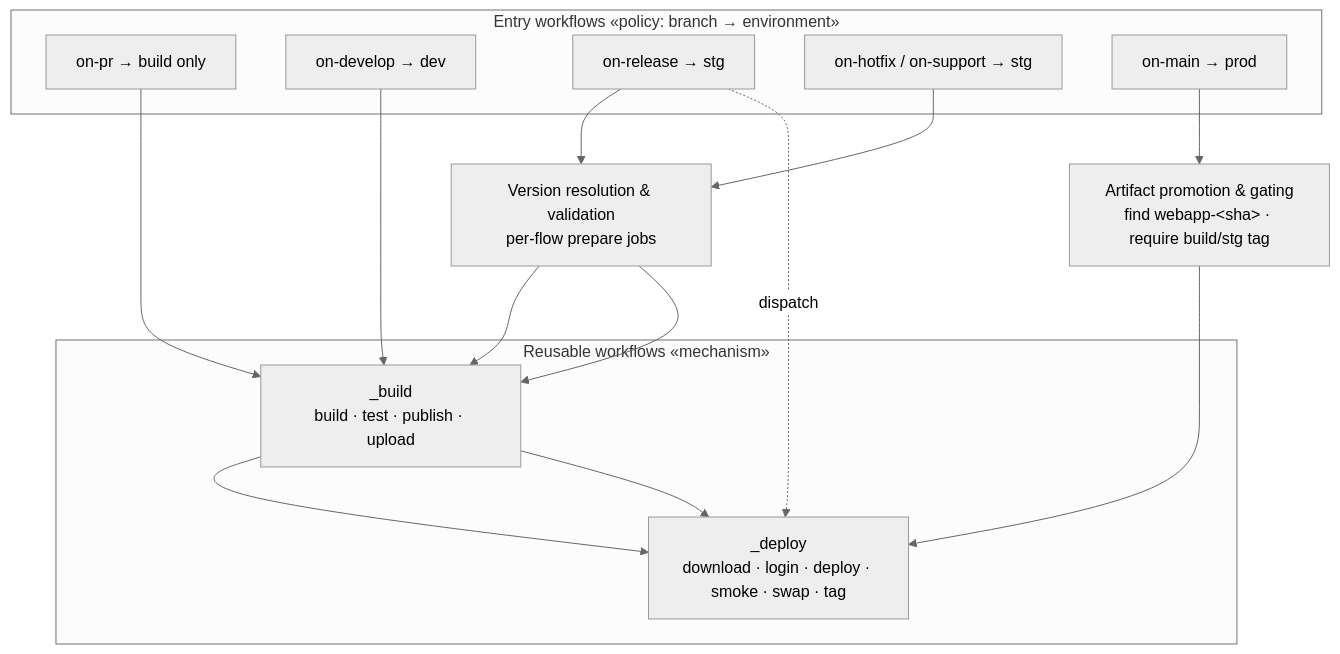
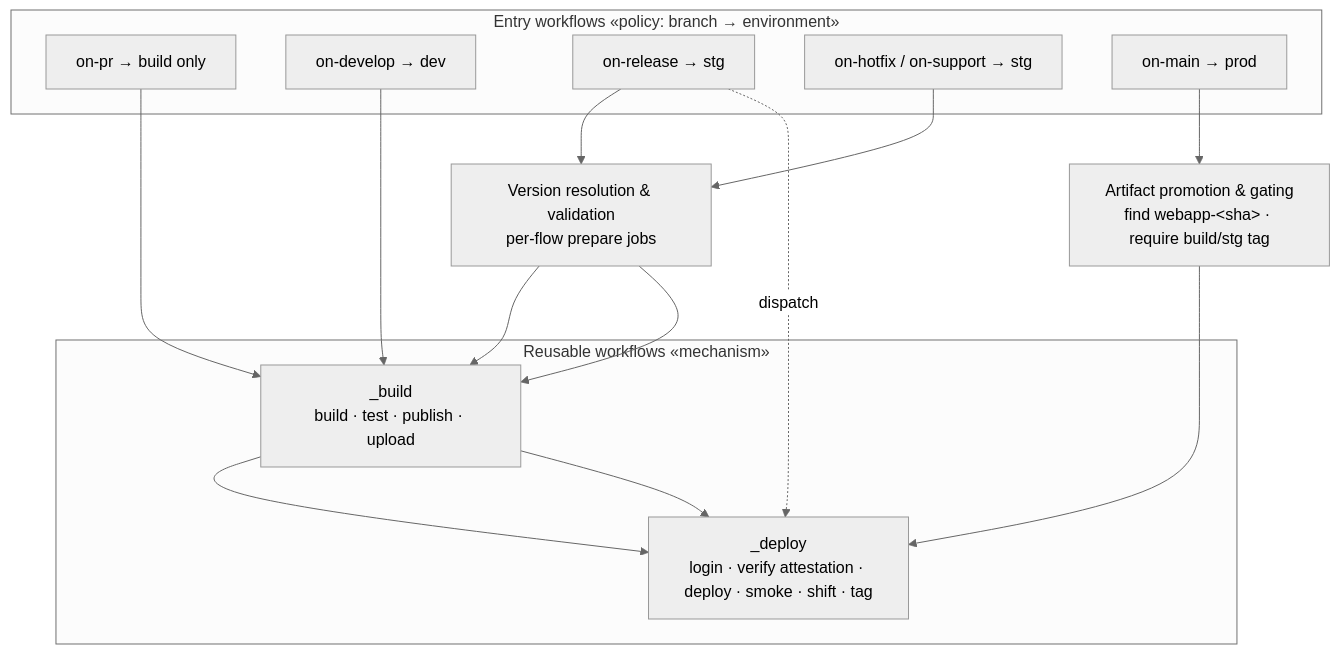
The second of 3 diagrams in docs/c3-components/README.md (avlon-technologies/template-azure-cicd), drawn with Mermaid (neutral theme) before and after one commit. The commit also changed other lines of this file and 12 other files, not shown here.

````diff
--- a/docs/c3-components/README.md
+++ b/docs/c3-components/README.md
@@ -61,23 +61,23 @@
 ```mermaid
 graph TB
     subgraph entry [Entry workflows «policy: branch → environment»]
         pr[on-pr → build only]
         dev[on-develop → dev]
         rel[on-release → stg]
         hot[on-hotfix / on-support → stg]
         main[on-main → prod]
     end
     subgraph reusable [Reusable workflows «mechanism»]
         build[_build<br/>build · test · publish · upload]
-        deploy[_deploy<br/>download · login · deploy · smoke · swap · tag]
+        deploy[_deploy<br/>login · verify attestation · deploy · smoke · shift · tag]
     end
     prep[Version resolution & validation<br/>per-flow prepare jobs]
     promote[Artifact promotion & gating<br/>find webapp-&lt;sha&gt; · require build/stg tag]
 
     pr --> build
     dev --> build --> deploy
     rel --> prep --> build
     hot --> prep --> build --> deploy
     main --> promote --> deploy
     rel -.dispatch.-> deploy
 ```
````
